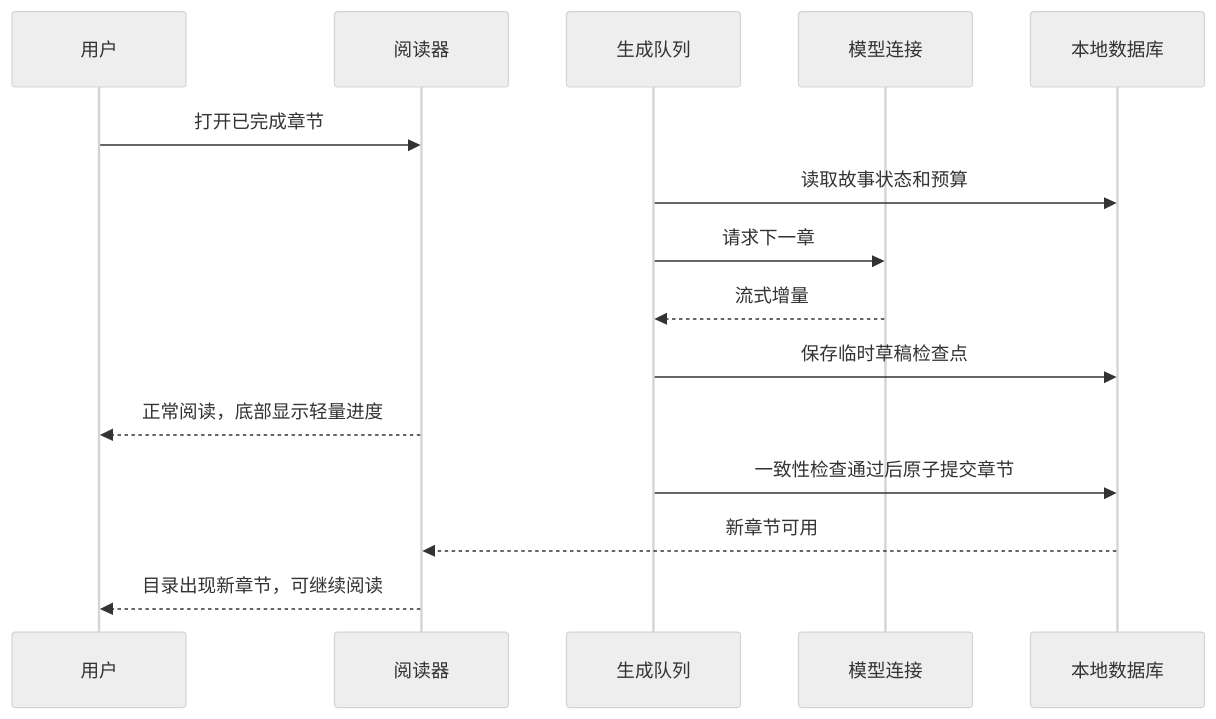
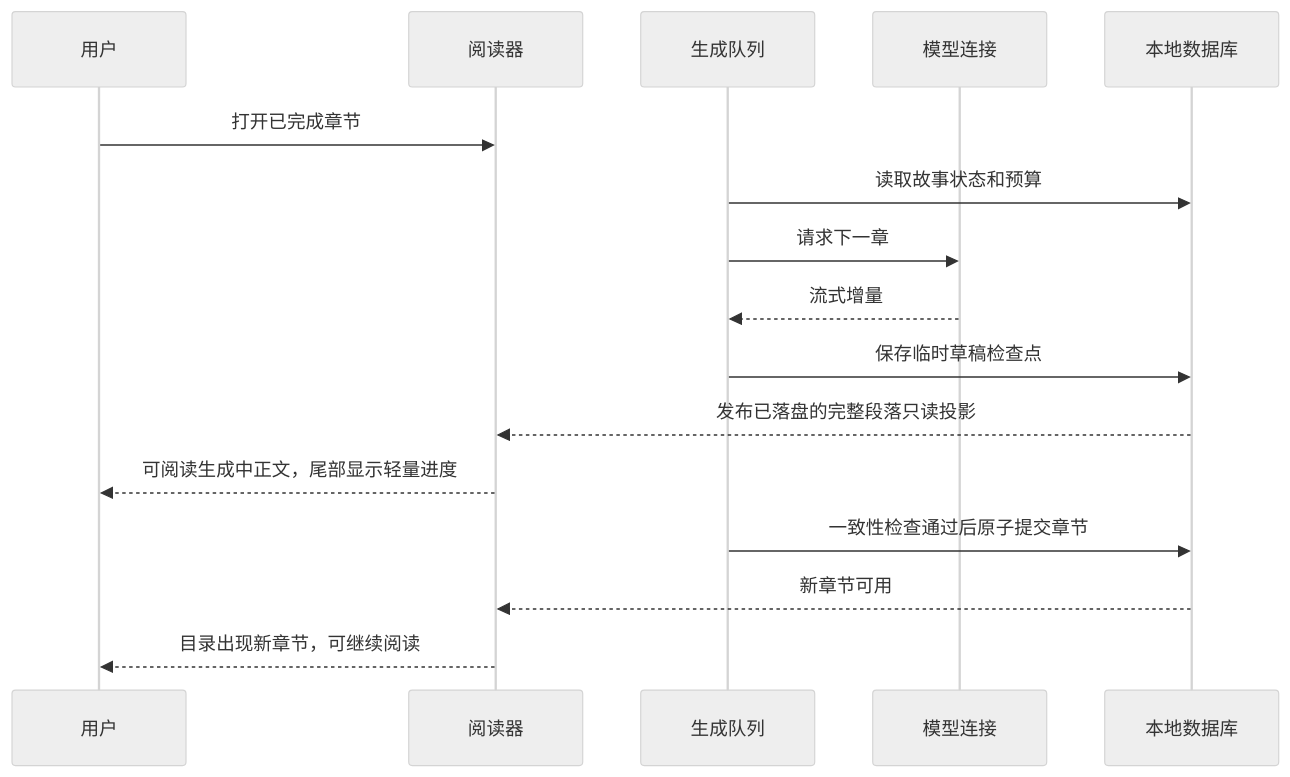
Before and after one commit to kayakdu06-cyber/ai-novel-reader-app3: the third of 18 diagrams in docs/03-USER-FLOWS.md, drawn with Mermaid (neutral theme). The commit also changed other lines of this file and 348 other files, not shown here.

````diff
--- a/docs/03-USER-FLOWS.md
+++ b/docs/03-USER-FLOWS.md
@@ -76,17 +76,18 @@
 ```mermaid
 sequenceDiagram
     participant U as 用户
     participant R as 阅读器
     participant Q as 生成队列
     participant A as 模型连接
     participant D as 本地数据库
     U->>R: 打开已完成章节
     Q->>D: 读取故事状态和预算
     Q->>A: 请求下一章
     A-->>Q: 流式增量
     Q->>D: 保存临时草稿检查点
-    R-->>U: 正常阅读，底部显示轻量进度
+    D-->>R: 发布已落盘的完整段落只读投影
+    R-->>U: 可阅读生成中正文，尾部显示轻量进度
     Q->>D: 一致性检查通过后原子提交章节
     D-->>R: 新章节可用
     R-->>U: 目录出现新章节，可继续阅读
 ```
````
